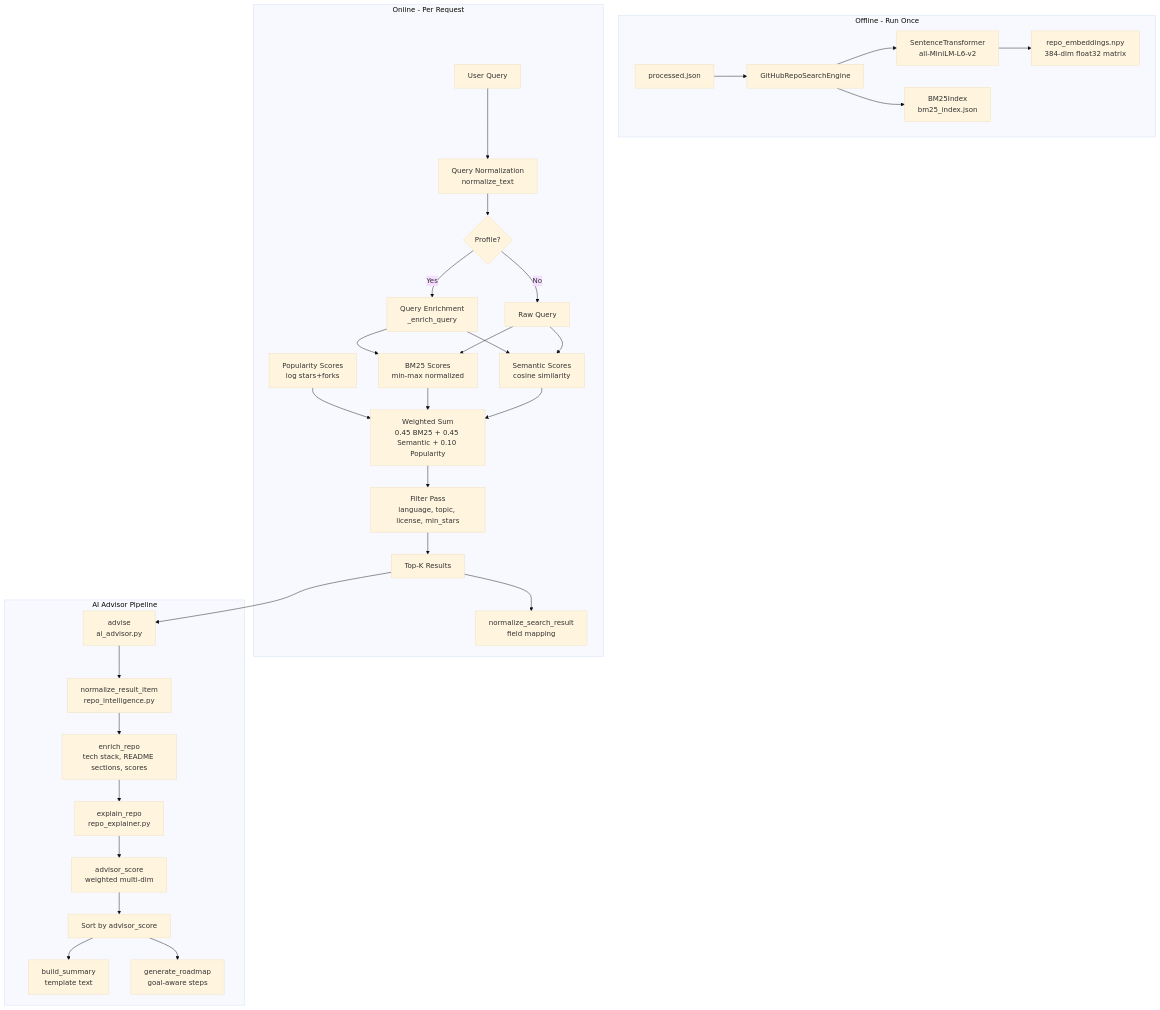
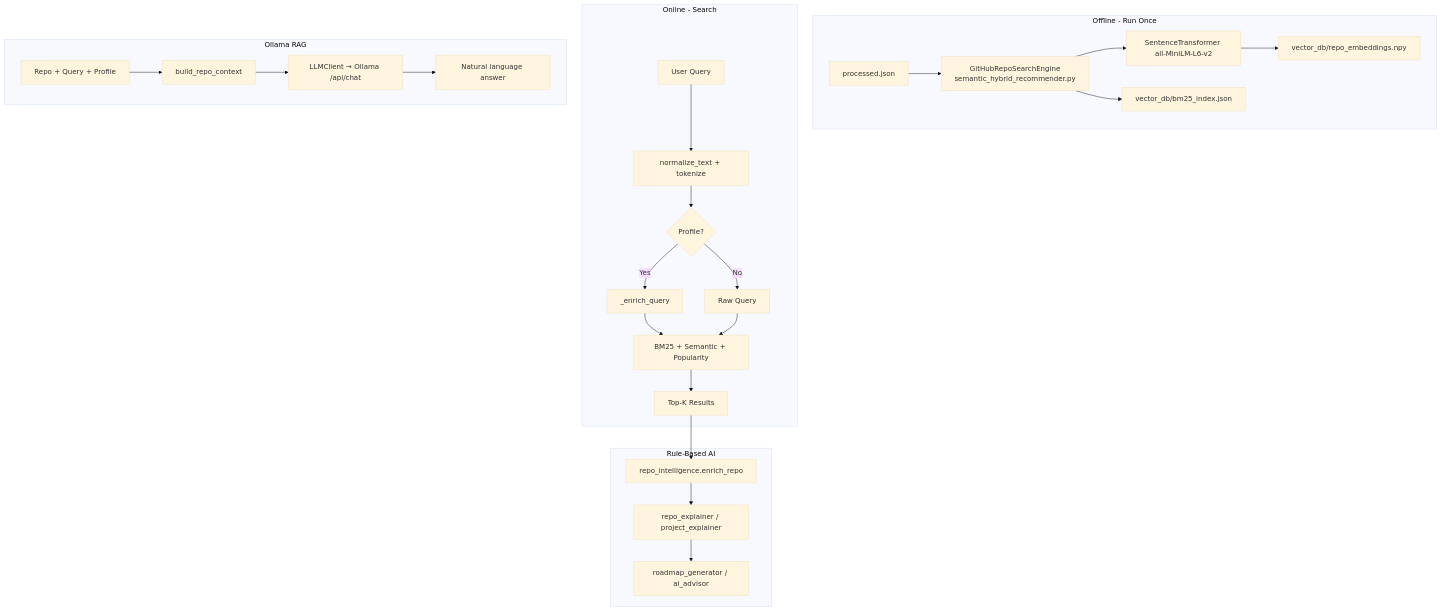
The diagram in docs/AI_PIPELINE.md (wildkemo/ir-project), drawn with Mermaid (base theme) before and after one commit. The commit also changed other lines of this file and 83 other files, not shown here.

````diff
--- a/docs/AI_PIPELINE.md
+++ b/docs/AI_PIPELINE.md
@@ -15,37 +16,31 @@
 ```mermaid
 flowchart TD
     subgraph Offline - Run Once
-        A[processed.json] --> B[GitHubRepoSearchEngine]
-        B --> C[SentenceTransformer\nall-MiniLM-L6-v2]
-        C --> D[repo_embeddings.npy\n384-dim float32 matrix]
-        B --> E[BM25Index\nbm25_index.json]
+        A[processed.json] --> B[GitHubRepoSearchEngine<br>semantic_hybrid_recommender.py]
+        B --> C[SentenceTransformer all-MiniLM-L6-v2]
+        C --> D[vector_db/repo_embeddings.npy]
+        B --> E[vector_db/bm25_index.json]
     end
 
-    subgraph Online - Per Request
-        F[User Query] --> G[Query Normalization\nnormalize_text]
+    subgraph Online - Search
+        F[User Query] --> G[normalize_text + tokenize]
         G --> H{Profile?}
-        H -->|Yes| I[Query Enrichment\n_enrich_query]
+        H -->|Yes| I[_enrich_query]
         H -->|No| J[Raw Query]
-        I --> K[BM25 Scores\nmin-max normalized]
+        I --> K[BM25 + Semantic + Popularity]
         J --> K
-        I --> L[Semantic Scores\ncosine similarity]
-        J --> L
-        M[Popularity Scores\nlog stars+forks] --> N[Weighted Sum\n0.45 BM25 + 0.45 Semantic + 0.10 Popularity]
-        K --> N
-        L --> N
-        N --> O[Filter Pass\nlanguage, topic, license, min_stars]
-        O --> P[Top-K Results]
-        P --> Q[normalize_search_result\nfield mapping]
+        K --> L[Top-K Results]
     end
 
-    subgraph AI Advisor Pipeline
-        P --> R[advise\nai_advisor.py]
-        R --> S[normalize_result_item\nrepo_intelligence.py]
-        S --> T[enrich_repo\ntech stack, README sections, scores]
-        T --> U[explain_repo\nrepo_explainer.py]
-        U --> V[advisor_score\nweighted multi-dim]
-        V --> W[Sort by advisor_score]
-        W --> X[build_summary\ntemplate text]
-        W --> Y[generate_roadmap\ngoal-aware steps]
+    subgraph Rule-Based AI
+        L --> M[repo_intelligence.enrich_repo]
+        M --> N[repo_explainer / project_explainer]
+        N --> O[roadmap_generator / ai_advisor]
+    end
+
+    subgraph Ollama RAG
+        P[Repo + Query + Profile] --> Q[build_repo_context]
+        Q --> R[LLMClient → Ollama /api/chat]
+        R --> S[Natural language answer]
     end
 ```
````
